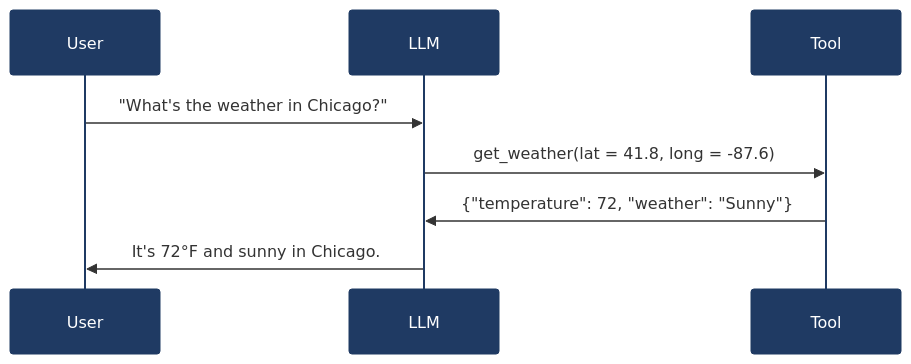
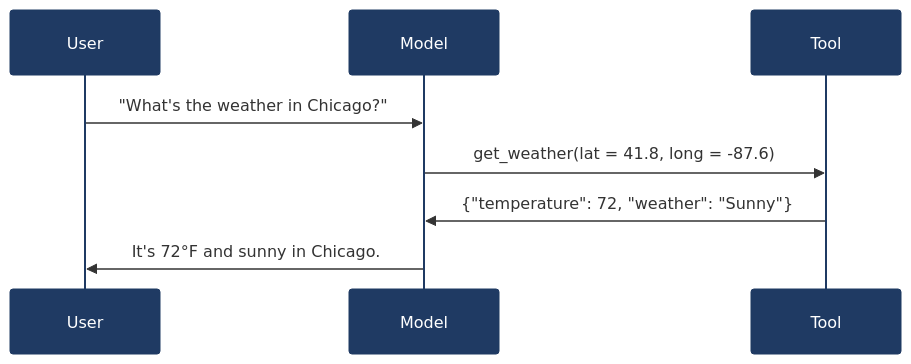
Before and after one commit to parmsam/trustedminiagents: the second of 2 diagrams in agents.qmd, drawn with Mermaid. The commit also changed other lines of this file and 5 other files, not shown here.

Commit message:
'LLM' => 'AI model'

````diff
--- a/agents.qmd
+++ b/agents.qmd
@@ -114,12 +114,12 @@
 ```{mermaid}
 %%{init: {'theme':'base', 'themeVariables': {'actorBkg':'#1F3A63','actorTextColor':'#ffffff','actorBorder':'#1F3A63'}, 'sequence': {'actorFontSize': 18}}}%%
 sequenceDiagram
     participant User
-    participant LLM
+    participant Model
     participant Tool
 
-    User->>LLM: "What's the weather in Chicago?"
-    LLM->>Tool: get_weather(lat = 41.8, long = -87.6)
-    Tool->>LLM: {"temperature": 72, "weather": "Sunny"}
-    LLM->>User: It's 72°F and sunny in Chicago.
+    User->>Model: "What's the weather in Chicago?"
+    Model->>Tool: get_weather(lat = 41.8, long = -87.6)
+    Tool->>Model: {"temperature": 72, "weather": "Sunny"}
+    Model->>User: It's 72°F and sunny in Chicago.
 ```
````
